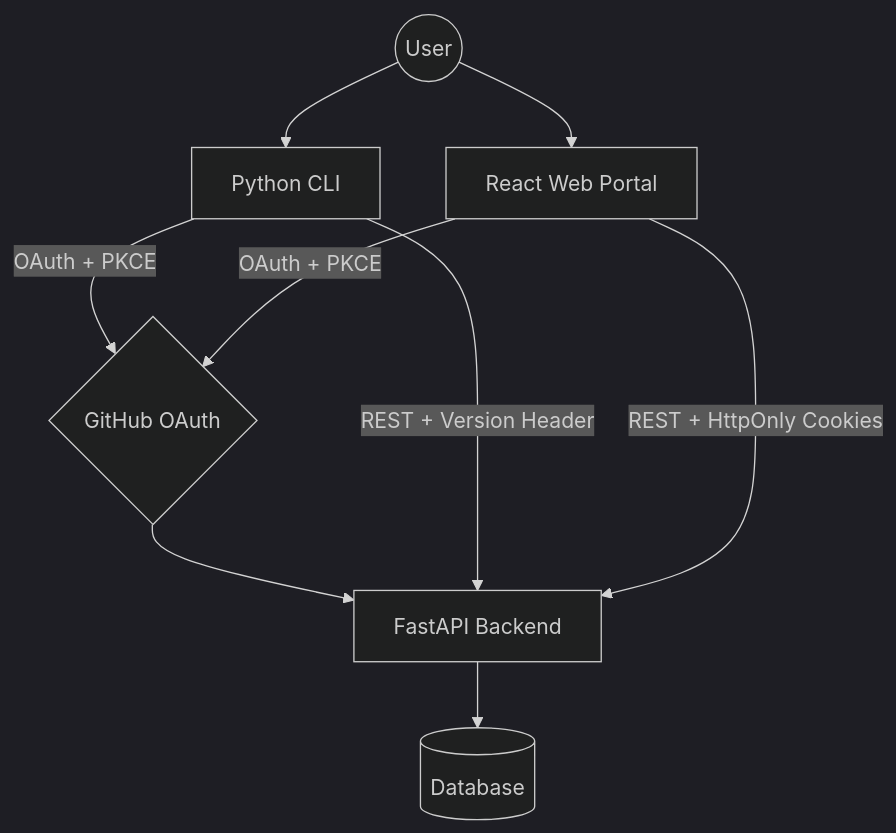
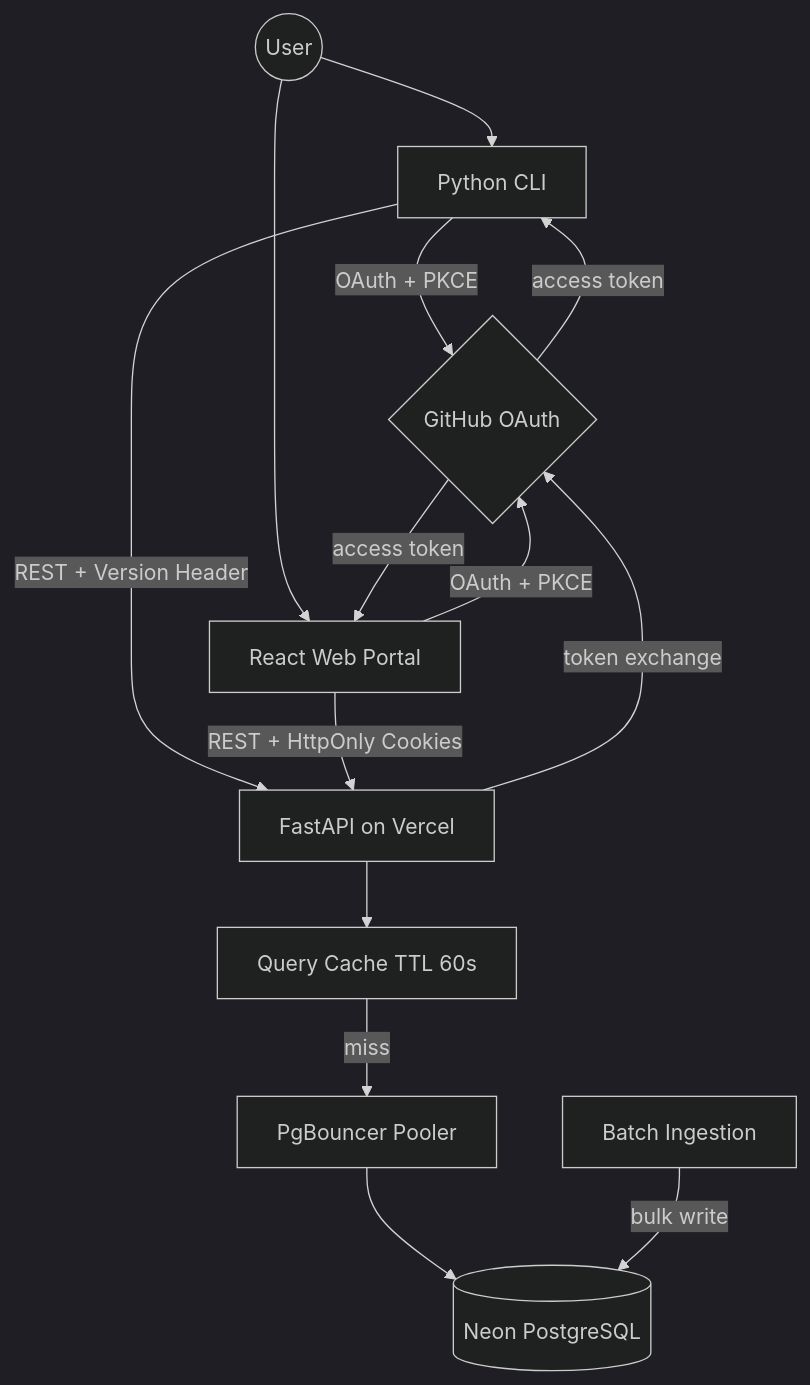
One commit to Chimereya/hng-stage-3-backend changed the diagram in README.md. Above: the diagram before and after it, drawn with Mermaid (dark theme).

````diff
--- a/README.md
+++ b/README.md
@@ -20,18 +20,26 @@
 ```mermaid
 graph TD
     User((User))
     CLI[Python CLI]
     Web[React Web Portal]
-    API[FastAPI Backend]
-    DB[(Database)]
+    Seed[Batch Ingestion]
+    API[FastAPI on Vercel]
+    Cache[Query Cache TTL 60s]
+    Pool[PgBouncer Pooler]
+    DB[(Neon PostgreSQL)]
     GH{GitHub OAuth}
 
     User --> CLI
     User --> Web
     CLI -->|OAuth + PKCE| GH
     Web -->|OAuth + PKCE| GH
-    GH --> API
-    API --> DB
+    GH -->|access token| CLI
+    GH -->|access token| Web
     CLI -->|REST + Version Header| API
     Web -->|REST + HttpOnly Cookies| API
+    API -->|token exchange| GH
+    API --> Cache
+    Cache -->|miss| Pool
+    Pool --> DB
+    Seed -->|bulk write| DB
 ```
````
